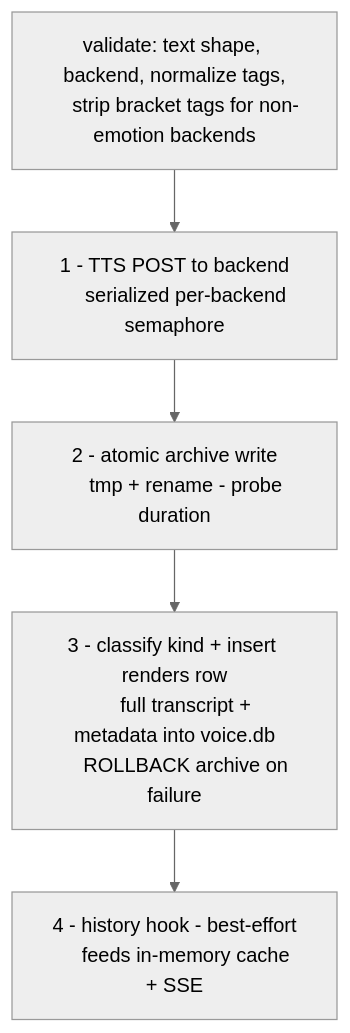
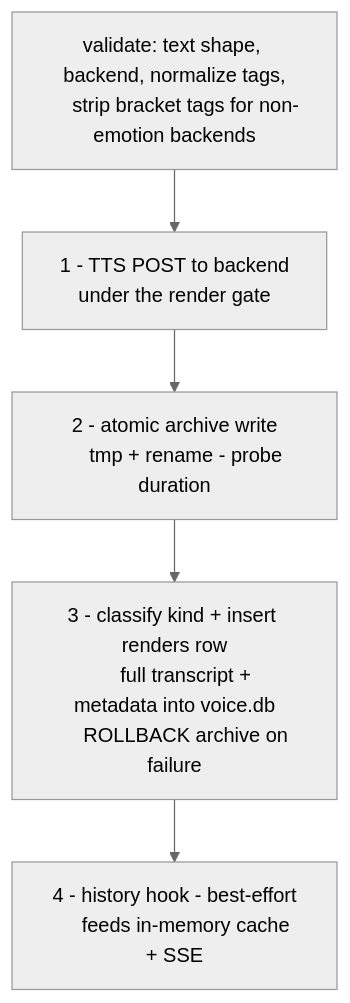
Before and after one commit to quillrun/voice-say: the second of 2 diagrams in docs/internals/architecture.md, drawn with Mermaid (neutral theme). The commit also changed other lines of this file and 107 other files, not shown here.

````diff
--- a/docs/internals/architecture.md
+++ b/docs/internals/architecture.md
@@ -69,14 +72,14 @@
 ```mermaid
 flowchart TD
   v[validate: text shape, backend, normalize tags,
     strip bracket tags for non-emotion backends] --> s1
   s1[1 - TTS POST to backend
-     serialized per-backend semaphore] --> s2
+     under the render gate] --> s2
   s2[2 - atomic archive write
      tmp + rename - probe duration] --> s3
   s3[3 - classify kind + insert renders row
      full transcript + metadata into voice.db
      ROLLBACK archive on failure] --> s4
   s4[4 - history hook - best-effort
      feeds in-memory cache + SSE]
 ```
````
